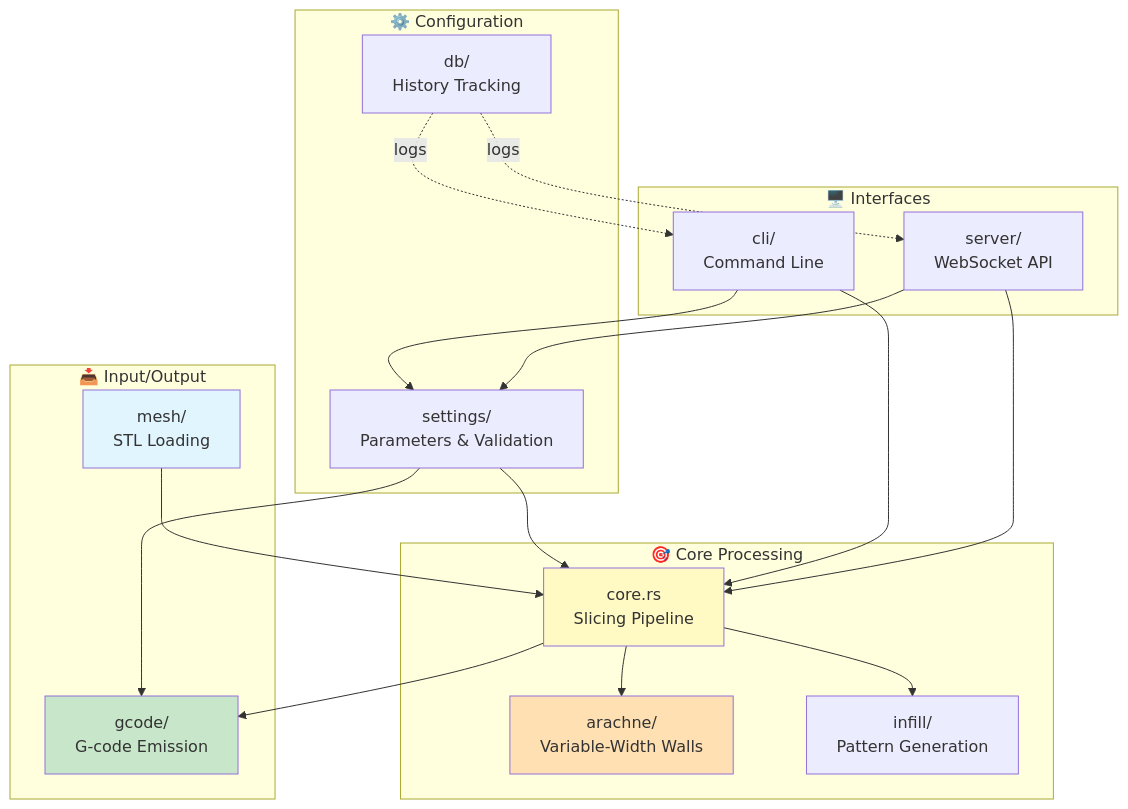
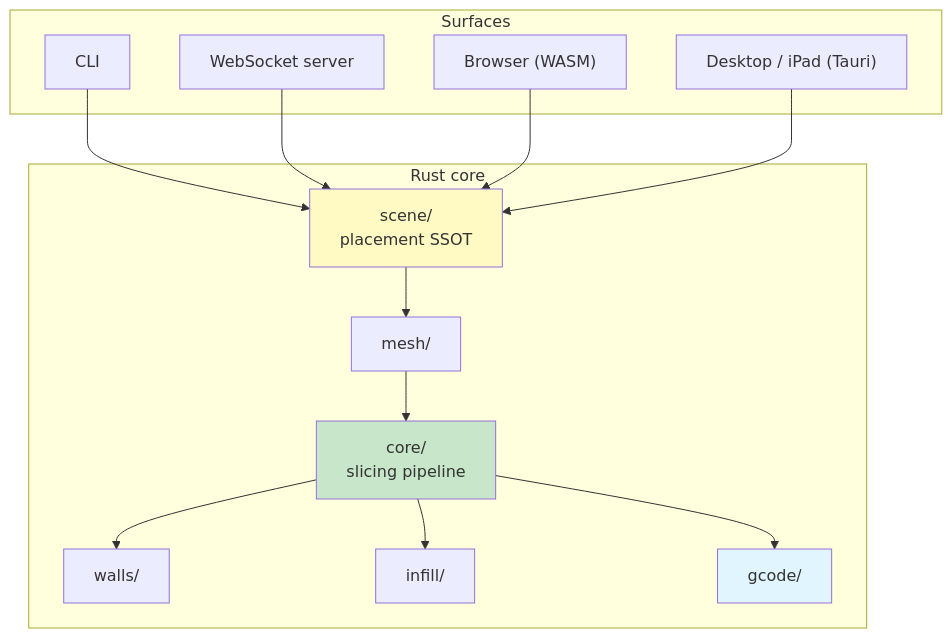
The diagram in ARCHITECTURE.md (ColdCrabby/slicer), drawn with Mermaid before and after one commit. The commit also changed other lines of this file and 33 other files, not shown here.

````diff
--- a/ARCHITECTURE.md
+++ b/ARCHITECTURE.md
@@ -52,41 +13,31 @@
 ```mermaid
 graph TB
-    subgraph Core["🎯 Core Processing"]
-        CORE[core.rs<br/>Slicing Pipeline]
-        ARACHNE[arachne/<br/>Variable-Width Walls]
-        INFILL[infill/<br/>Pattern Generation]
+    subgraph Surfaces
+        CLI["CLI"]
+        SRV["WebSocket server"]
+        WEB["Browser (WASM)"]
+        NAT["Desktop / iPad (Tauri)"]
     end
-    
-    subgraph IO["📥 Input/Output"]
-        MESH[mesh/<br/>STL Loading]
-        GCODE[gcode/<br/>G-code Emission]
+
+    subgraph Core["Rust core"]
+        SC["scene/<br/>placement SSOT"]
+        M["mesh/"]
+        SL["core/<br/>slicing pipeline"]
+        W["walls/"]
+        I["infill/"]
+        G["gcode/"]
     end
-    
-    subgraph Config["⚙️ Configuration"]
-        SETTINGS[settings/<br/>Parameters & Validation]
-        DB[db/<br/>History Tracking]
-    end
-    
-    subgraph Interface["🖥️ Interfaces"]
-        CLI[cli/<br/>Command Line]
-        SERVER[server/<br/>WebSocket API]
-    end
-    
-    MESH --> CORE
-    CORE --> ARACHNE
-    CORE --> INFILL
-    CORE --> GCODE
-    SETTINGS --> CORE
-    SETTINGS --> GCODE
-    CLI --> CORE
-    SERVER --> CORE
-    CLI --> SETTINGS
-    SERVER --> SETTINGS
-    DB -.logs.-> CLI
-    DB -.logs.-> SERVER
-    
-    style CORE fill:#fff9c4
-    style ARACHNE fill:#ffe0b2
-    style MESH fill:#e1f5ff
-    style GCODE fill:#c8e6c9
+
+    CLI --> SC
+    SRV --> SC
+    WEB --> SC
+    NAT --> SC
+    SC --> M --> SL
+    SL --> W
+    SL --> I
+    SL --> G
+
+    style SC fill:#fff9c4
+    style SL fill:#c8e6c9
+    style G fill:#e1f5ff
 ```
````
